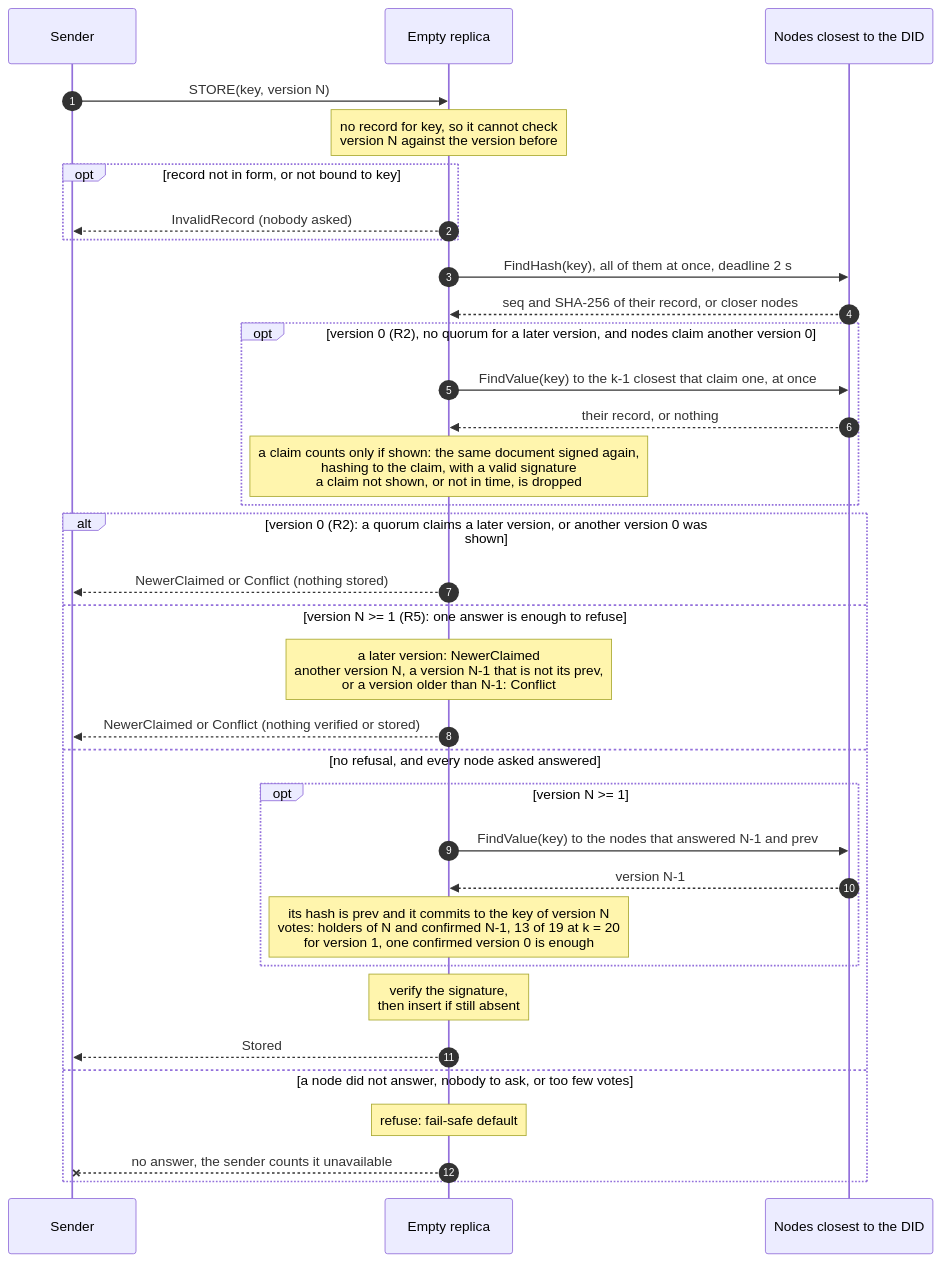
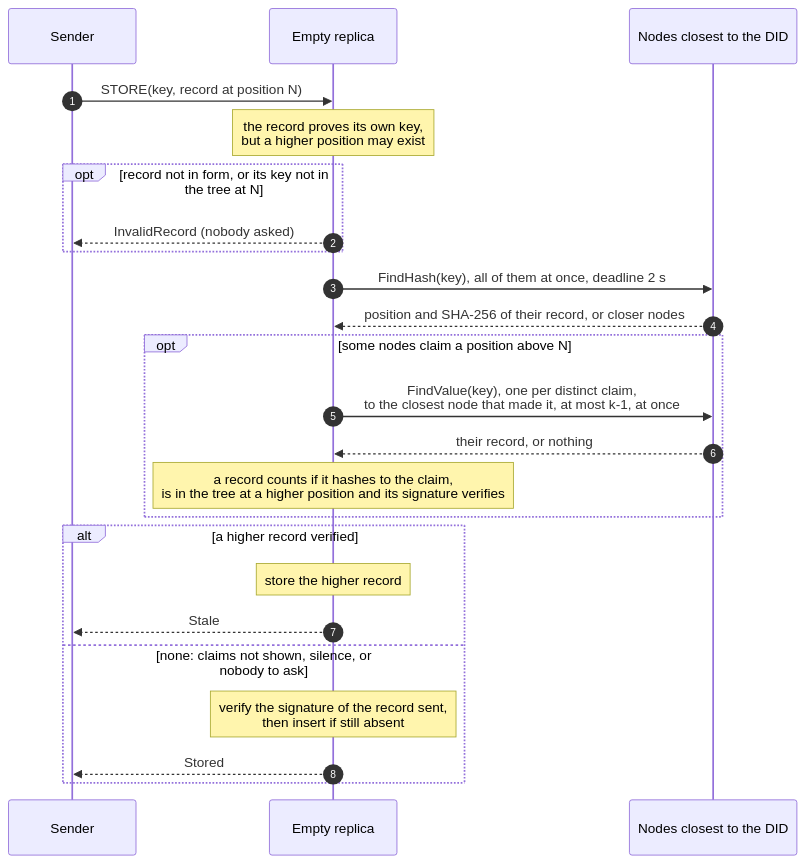
Before and after one commit to fratrung/auth-kademlia-rs: the diagram in docs/design/store-check.mmd, drawn with Mermaid. The commit also changed 28 other files, not shown here.

```diff
--- a/docs/design/store-check.mmd
+++ b/docs/design/store-check.mmd
@@ -1,34 +1,24 @@
 sequenceDiagram
     autonumber
     participant S as Sender
     participant R as Empty replica
     participant C as Nodes closest to the DID
-    S->>R: STORE(key, version N)
-    Note over R: no record for key, so it cannot check<br/>version N against the version before
-    opt record not in form, or not bound to key
+    S->>R: STORE(key, record at position N)
+    Note over R: the record proves its own key,<br/>but a higher position may exist
+    opt record not in form, or its key not in the tree at N
         R-->>S: InvalidRecord (nobody asked)
     end
     R->>C: FindHash(key), all of them at once, deadline 2 s
-    C-->>R: seq and SHA-256 of their record, or closer nodes
-    opt version 0 (R2), no quorum for a later version, and nodes claim another version 0
-        R->>C: FindValue(key) to the k-1 closest that claim one, at once
+    C-->>R: position and SHA-256 of their record, or closer nodes
+    opt some nodes claim a position above N
+        R->>C: FindValue(key), one per distinct claim,<br/>to the closest node that made it, at most k-1, at once
         C-->>R: their record, or nothing
-        Note over R: a claim counts only if shown: the same document signed again,<br/>hashing to the claim, with a valid signature<br/>a claim not shown, or not in time, is dropped
+        Note over R: a record counts if it hashes to the claim,<br/>is in the tree at a higher position and its signature verifies
     end
-    alt version 0 (R2): a quorum claims a later version, or another version 0 was shown
-        R-->>S: NewerClaimed or Conflict (nothing stored)
-    else version N >= 1 (R5): one answer is enough to refuse
-        Note over R: a later version: NewerClaimed<br/>another version N, a version N-1 that is not its prev,<br/>or a version older than N-1: Conflict
-        R-->>S: NewerClaimed or Conflict (nothing verified or stored)
-    else no refusal, and every node asked answered
-        opt version N >= 1
-            R->>C: FindValue(key) to the nodes that answered N-1 and prev
-            C-->>R: version N-1
-            Note over R: its hash is prev and it commits to the key of version N<br/>votes: holders of N and confirmed N-1, 13 of 19 at k = 20<br/>for version 1, one confirmed version 0 is enough
-        end
-        Note over R: verify the signature,<br/>then insert if still absent
+    alt a higher record verified
+        Note over R: store the higher record
+        R-->>S: Stale
+    else none: claims not shown, silence, or nobody to ask
+        Note over R: verify the signature of the record sent,<br/>then insert if still absent
         R-->>S: Stored
-    else a node did not answer, nobody to ask, or too few votes
-        Note over R: refuse: fail-safe default
-        R--xS: no answer, the sender counts it unavailable
     end
```
